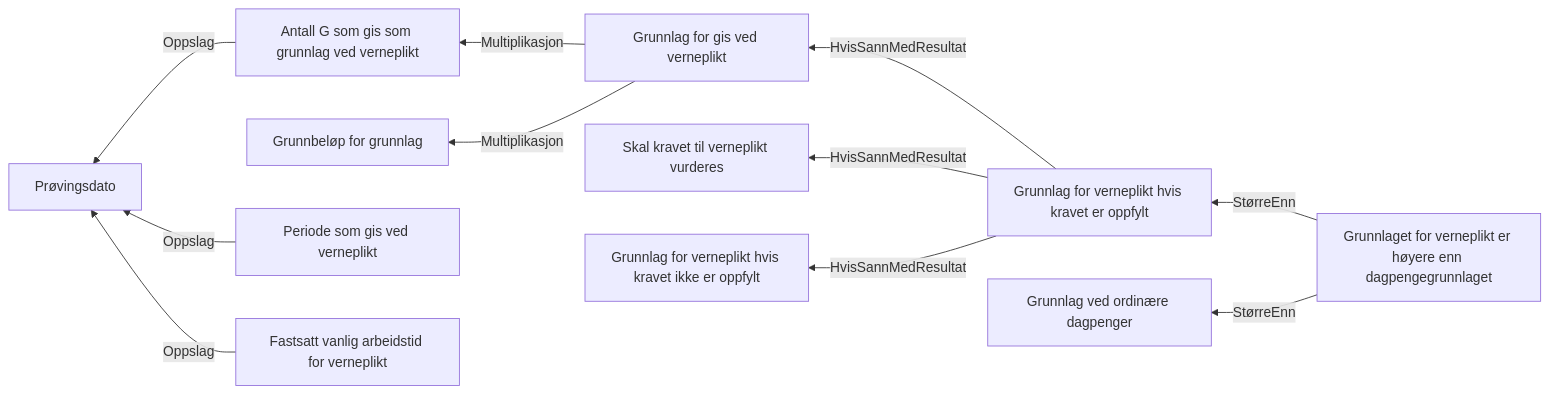
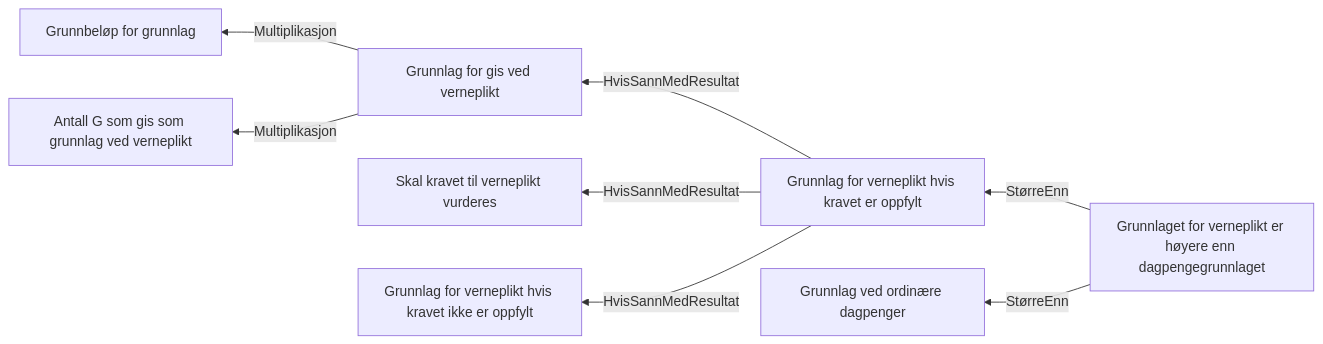
One commit to navikt/dp-behandling changed the diagram in docs/regler/§ 4-19 Verneplikt (fastsetting).approved.md. Above: the diagram before and after it, drawn with Mermaid. The commit also changed 39 other files, not shown here.

````diff
--- a/docs/regler/§ 4-19 Verneplikt (fastsetting).approved.md
+++ b/docs/regler/§ 4-19 Verneplikt (fastsetting).approved.md
@@ -5,13 +5,10 @@
 ```mermaid
 graph RL
-  A["Antall G som gis som grunnlag ved verneplikt"] -->|"Oppslag"| B["Prøvingsdato"]
-  C["Grunnlag for gis ved verneplikt"] -->|"Multiplikasjon"| D["Grunnbeløp for grunnlag"]
-  C["Grunnlag for gis ved verneplikt"] -->|"Multiplikasjon"| A["Antall G som gis som grunnlag ved verneplikt"]
-  E["Periode som gis ved verneplikt"] -->|"Oppslag"| B["Prøvingsdato"]
-  F["Fastsatt vanlig arbeidstid for verneplikt"] -->|"Oppslag"| B["Prøvingsdato"]
-  G["Grunnlag for verneplikt hvis kravet er oppfylt"] -->|"HvisSannMedResultat"| H["Skal kravet til verneplikt vurderes"]
-  G["Grunnlag for verneplikt hvis kravet er oppfylt"] -->|"HvisSannMedResultat"| C["Grunnlag for gis ved verneplikt"]
-  G["Grunnlag for verneplikt hvis kravet er oppfylt"] -->|"HvisSannMedResultat"| I["Grunnlag for verneplikt hvis kravet ikke er oppfylt"]
-  J["Grunnlaget for verneplikt er høyere enn dagpengegrunnlaget"] -->|"StørreEnn"| G["Grunnlag for verneplikt hvis kravet er oppfylt"]
-  J["Grunnlaget for verneplikt er høyere enn dagpengegrunnlaget"] -->|"StørreEnn"| K["Grunnlag ved ordinære dagpenger"]
+  A["Grunnlag for gis ved verneplikt"] -->|"Multiplikasjon"| B["Grunnbeløp for grunnlag"]
+  A["Grunnlag for gis ved verneplikt"] -->|"Multiplikasjon"| C["Antall G som gis som grunnlag ved verneplikt"]
+  D["Grunnlag for verneplikt hvis kravet er oppfylt"] -->|"HvisSannMedResultat"| E["Skal kravet til verneplikt vurderes"]
+  D["Grunnlag for verneplikt hvis kravet er oppfylt"] -->|"HvisSannMedResultat"| A["Grunnlag for gis ved verneplikt"]
+  D["Grunnlag for verneplikt hvis kravet er oppfylt"] -->|"HvisSannMedResultat"| F["Grunnlag for verneplikt hvis kravet ikke er oppfylt"]
+  G["Grunnlaget for verneplikt er høyere enn dagpengegrunnlaget"] -->|"StørreEnn"| D["Grunnlag for verneplikt hvis kravet er oppfylt"]
+  G["Grunnlaget for verneplikt er høyere enn dagpengegrunnlaget"] -->|"StørreEnn"| H["Grunnlag ved ordinære dagpenger"]
 ```
````
